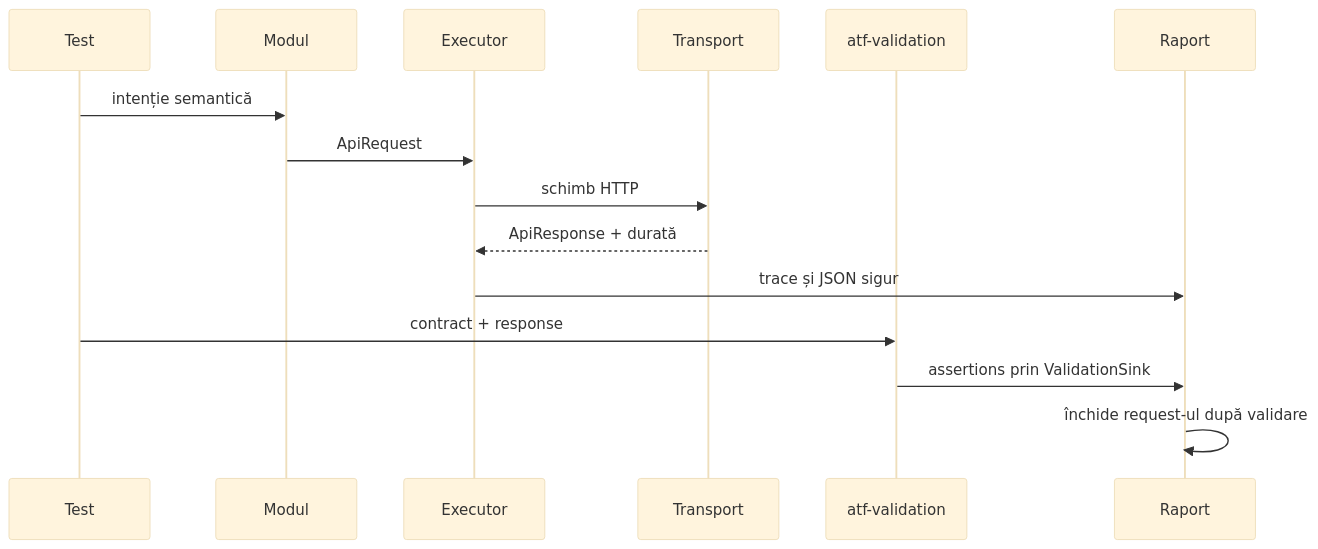
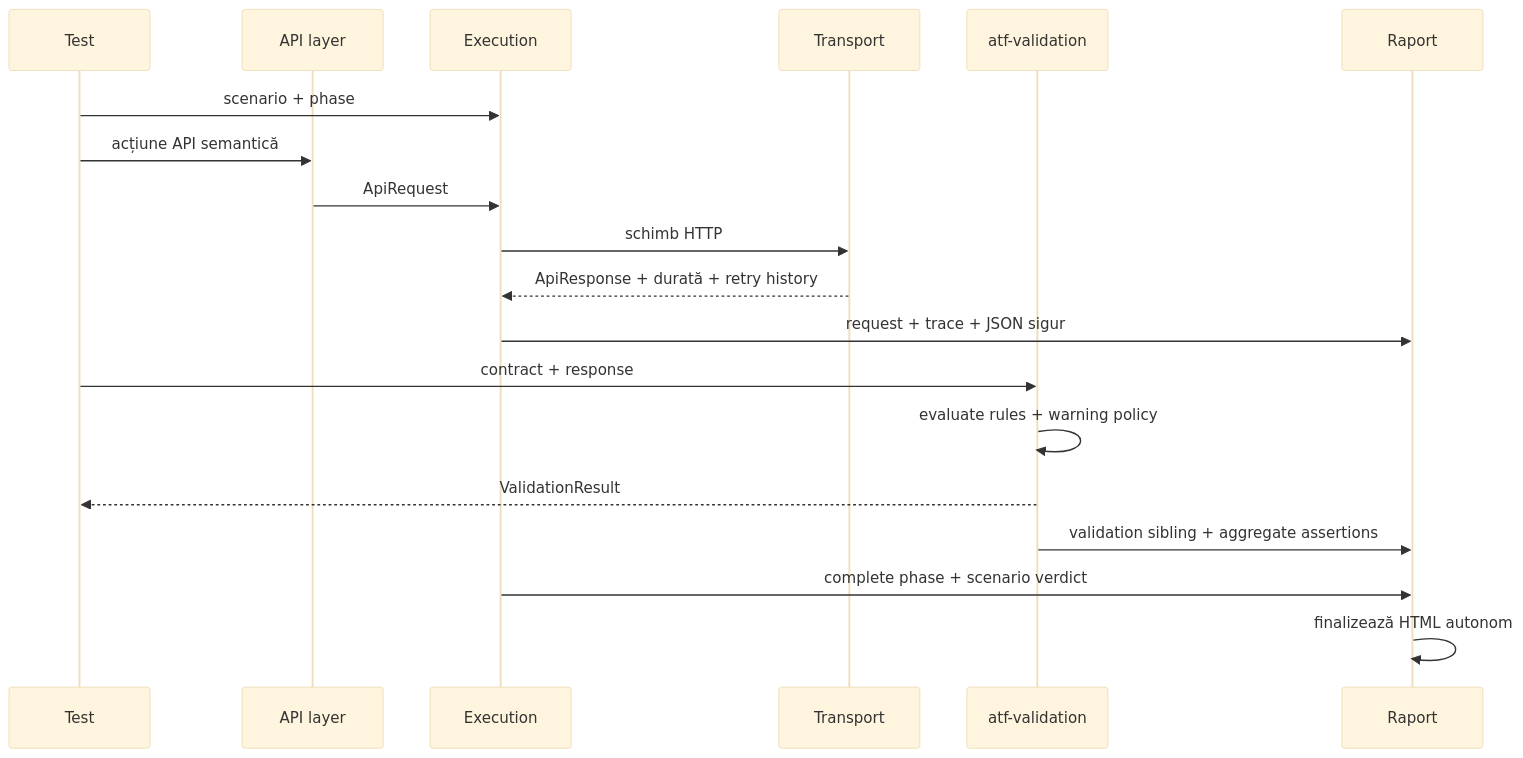
One commit to crististefanita/demo2 changed the second of 5 diagrams in docs/ATF_Architecture.md. Above: the diagram before and after it, drawn with Mermaid (base theme). The commit also changed other lines of this file and 30 other files, not shown here.

```diff
--- a/docs/ATF_Architecture.md
+++ b/docs/ATF_Architecture.md
@@ -35,18 +35,22 @@
 ~~~mermaid
 sequenceDiagram
     participant T as Test
-    participant M as Modul
-    participant E as Executor
+    participant M as API layer
+    participant E as Execution
     participant H as Transport
     participant V as atf-validation
     participant R as Raport
 
-    T->>M: intenție semantică
+    T->>E: scenario + phase
+    T->>M: acțiune API semantică
     M->>E: ApiRequest
     E->>H: schimb HTTP
-    H-->>E: ApiResponse + durată
-    E->>R: trace și JSON sigur
+    H-->>E: ApiResponse + durată + retry history
+    E->>R: request + trace + JSON sigur
     T->>V: contract + response
-    V->>R: assertions prin ValidationSink
-    R->>R: închide request-ul după validare
+    V->>V: evaluate rules + warning policy
+    V-->>T: ValidationResult
+    V->>R: validation sibling + aggregate assertions
+    E->>R: complete phase + scenario verdict
+    R->>R: finalizează HTML autonom
 ~~~
```
